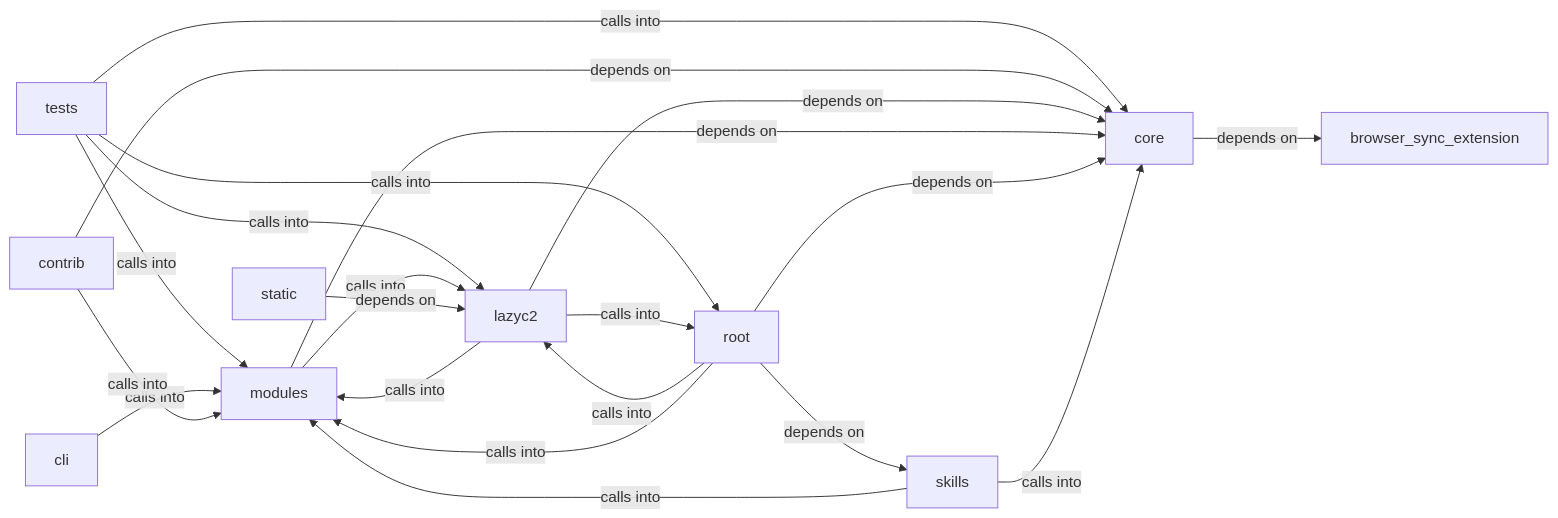
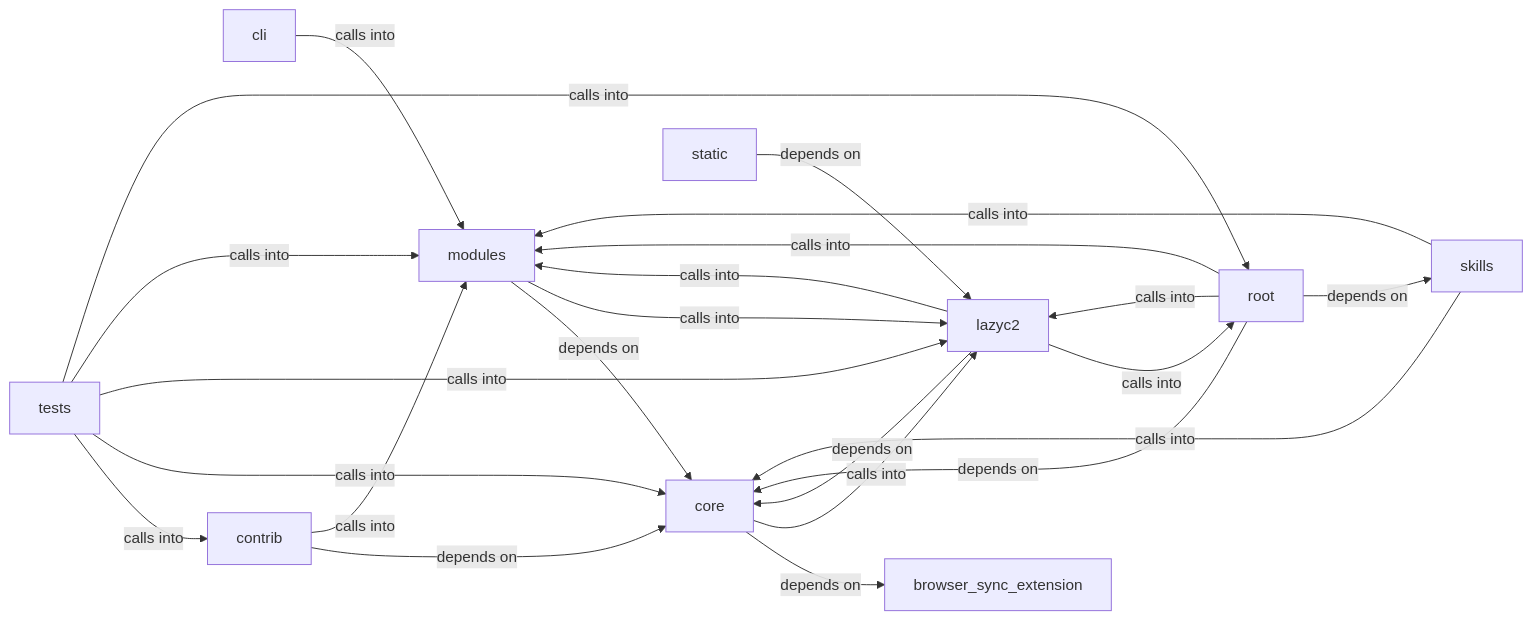
The diagram in readmenator-diagrams/modules_lazyc2.md (grisuno/LazyOwn), drawn with Mermaid before and after one commit. The commit also changed other lines of this file and 161 other files, not shown here.

````diff
--- a/readmenator-diagrams/modules_lazyc2.md
+++ b/readmenator-diagrams/modules_lazyc2.md
@@ -5,33 +5,35 @@
 ```mermaid
 graph LR
     browser_sync_extension["browser_sync_extension"]
     cli["cli"]
     contrib["contrib"]
     core["core"]
     lazyc2["lazyc2"]
     modules["modules"]
     root["root"]
     skills["skills"]
     static["static"]
     tests["tests"]
+    tests -- "calls into" --> contrib
     tests -- "calls into" --> core
     tests -- "calls into" --> lazyc2
     tests -- "calls into" --> modules
     tests -- "calls into" --> root
     cli -- "calls into" --> modules
     contrib -- "depends on" --> core
     contrib -- "calls into" --> modules
     core -- "depends on" --> browser_sync_extension
+    core -- "calls into" --> lazyc2
     lazyc2 -- "depends on" --> core
     lazyc2 -- "calls into" --> modules
     lazyc2 -- "calls into" --> root
     modules -- "depends on" --> core
     modules -- "calls into" --> lazyc2
     root -- "depends on" --> core
     root -- "calls into" --> lazyc2
     root -- "calls into" --> modules
     root -- "depends on" --> skills
     skills -- "calls into" --> core
     skills -- "calls into" --> modules
     static -- "depends on" --> lazyc2
 ```
````
